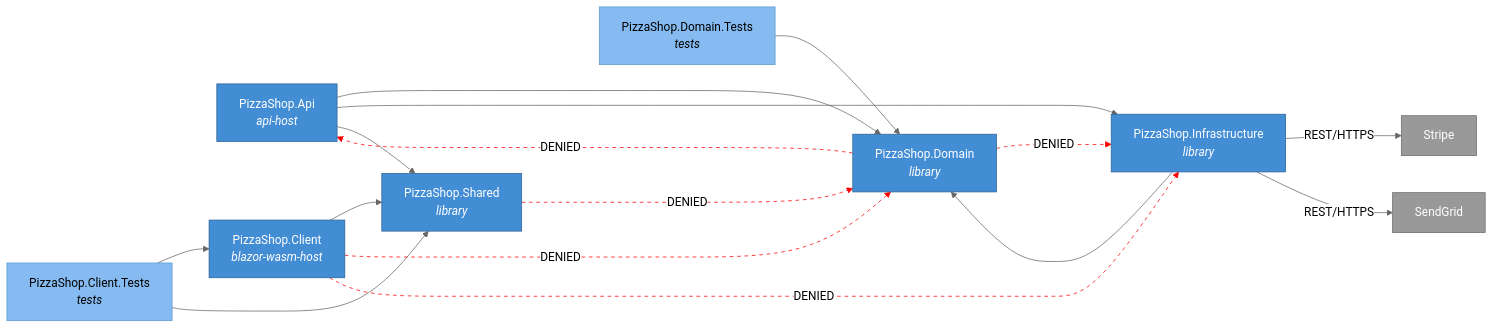
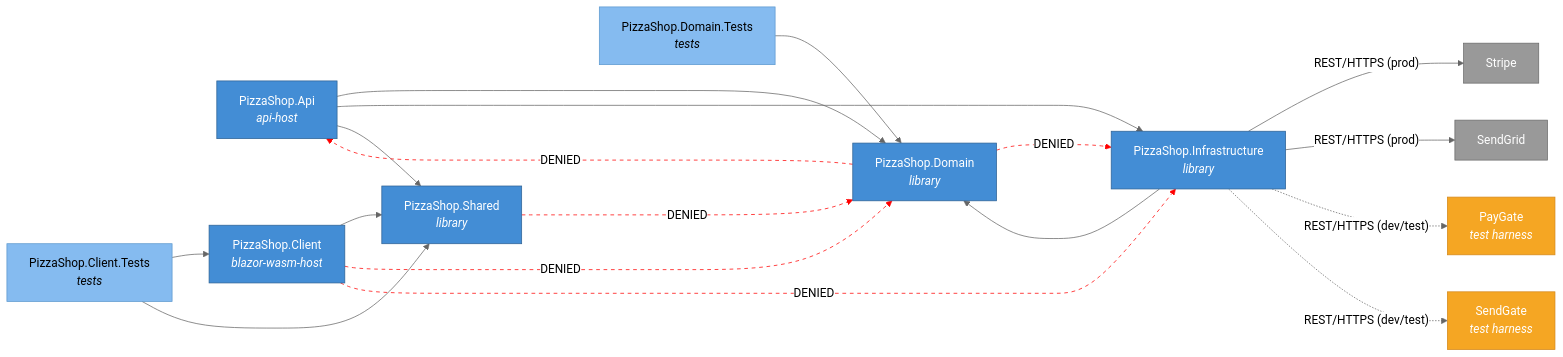
The second of 13 diagrams in src/MCPServer/DotNet/Docs/Specs/PizzaShop.spec.md (Realization-Engine/spec-chat), drawn with Mermaid (neutral theme) before and after one commit. The commit also changed other lines of this file and 3 other files, not shown here.

First line of the commit message:
Add PayGate and SendGate subsystem specs and manifest refs

````diff
--- a/src/MCPServer/DotNet/Docs/Specs/PizzaShop.spec.md
+++ b/src/MCPServer/DotNet/Docs/Specs/PizzaShop.spec.md
@@ -556,39 +603,44 @@
 ```mermaid
 flowchart LR
     classDef authored fill:#438DD5,stroke:#2E6295,color:#fff
     classDef tests fill:#85BBF0,stroke:#5D99CF,color:#000
     classDef external fill:#999999,stroke:#6B6B6B,color:#fff
+    classDef harness fill:#F5A623,stroke:#D4891C,color:#fff
 
     Api["PizzaShop.Api<br/><i>api-host</i>"]:::authored
     Client["PizzaShop.Client<br/><i>blazor-wasm-host</i>"]:::authored
     Domain["PizzaShop.Domain<br/><i>library</i>"]:::authored
     Infra["PizzaShop.Infrastructure<br/><i>library</i>"]:::authored
     Shared["PizzaShop.Shared<br/><i>library</i>"]:::authored
     DTests["PizzaShop.Domain.Tests<br/><i>tests</i>"]:::tests
     CTests["PizzaShop.Client.Tests<br/><i>tests</i>"]:::tests
     Stripe["Stripe"]:::external
     SendGrid["SendGrid"]:::external
+    PayGate["PayGate<br/><i>test harness</i>"]:::harness
+    SendGate["SendGate<br/><i>test harness</i>"]:::harness
 
     Api --> Domain
     Api --> Infra
     Api --> Shared
     Client --> Shared
     Infra --> Domain
-    Infra -->|"REST/HTTPS"| Stripe
-    Infra -->|"REST/HTTPS"| SendGrid
+    Infra -->|"REST/HTTPS (prod)"| Stripe
+    Infra -->|"REST/HTTPS (prod)"| SendGrid
+    Infra -.->|"REST/HTTPS (dev/test)"| PayGate
+    Infra -.->|"REST/HTTPS (dev/test)"| SendGate
     DTests --> Domain
     CTests --> Client
     CTests --> Shared
 
     Domain -..->|"DENIED"| Infra
     Domain -..->|"DENIED"| Api
     Client -..->|"DENIED"| Domain
     Client -..->|"DENIED"| Infra
     Shared -..->|"DENIED"| Domain
 
-    linkStyle 10 stroke:#FF0000,stroke-dasharray:5
-    linkStyle 11 stroke:#FF0000,stroke-dasharray:5
     linkStyle 12 stroke:#FF0000,stroke-dasharray:5
     linkStyle 13 stroke:#FF0000,stroke-dasharray:5
     linkStyle 14 stroke:#FF0000,stroke-dasharray:5
+    linkStyle 15 stroke:#FF0000,stroke-dasharray:5
+    linkStyle 16 stroke:#FF0000,stroke-dasharray:5
 ```
````
